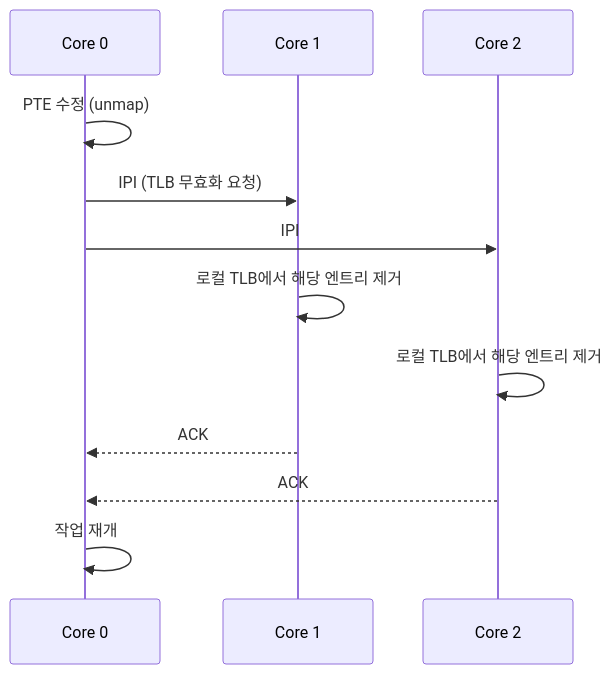
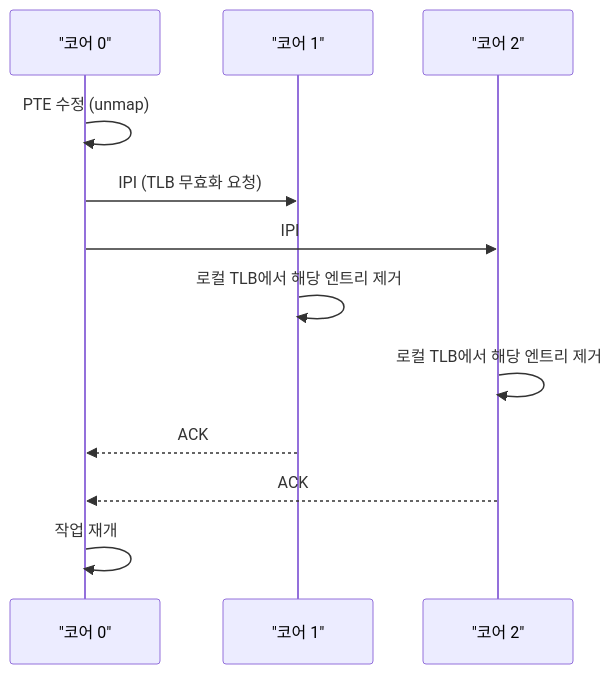
The second of 2 diagrams in docs/blog/concepts/06-tlb.md (Jungle-12-303/wk07_6), drawn with Mermaid before and after one commit. The commit also changed other lines of this file and 26 other files, not shown here.

First line of the commit message:
docs: 블로그 소제목·Mermaid·ASCII 박스 가독성 정비

````diff
--- a/docs/blog/concepts/06-tlb.md
+++ b/docs/blog/concepts/06-tlb.md
@@ -74,14 +67,14 @@
 ```mermaid
 sequenceDiagram
-    participant C0 as Core 0
-    participant C1 as Core 1
-    participant C2 as Core 2
+    participant C0 as "코어 0"
+    participant C1 as "코어 1"
+    participant C2 as "코어 2"
     C0->>C0: PTE 수정 (unmap)
     C0->>C1: IPI (TLB 무효화 요청)
     C0->>C2: IPI
     C1->>C1: 로컬 TLB에서 해당 엔트리 제거
     C2->>C2: 로컬 TLB에서 해당 엔트리 제거
     C1-->>C0: ACK
     C2-->>C0: ACK
     C0->>C0: 작업 재개
 ```
````
